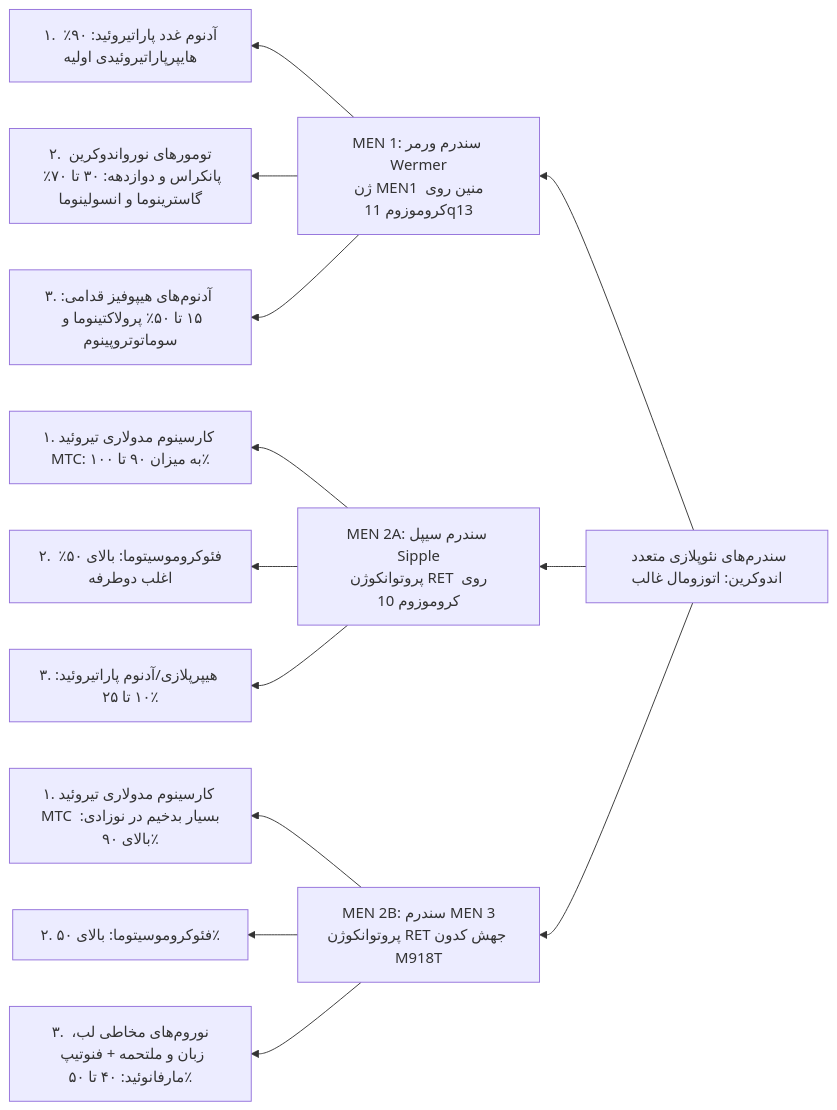
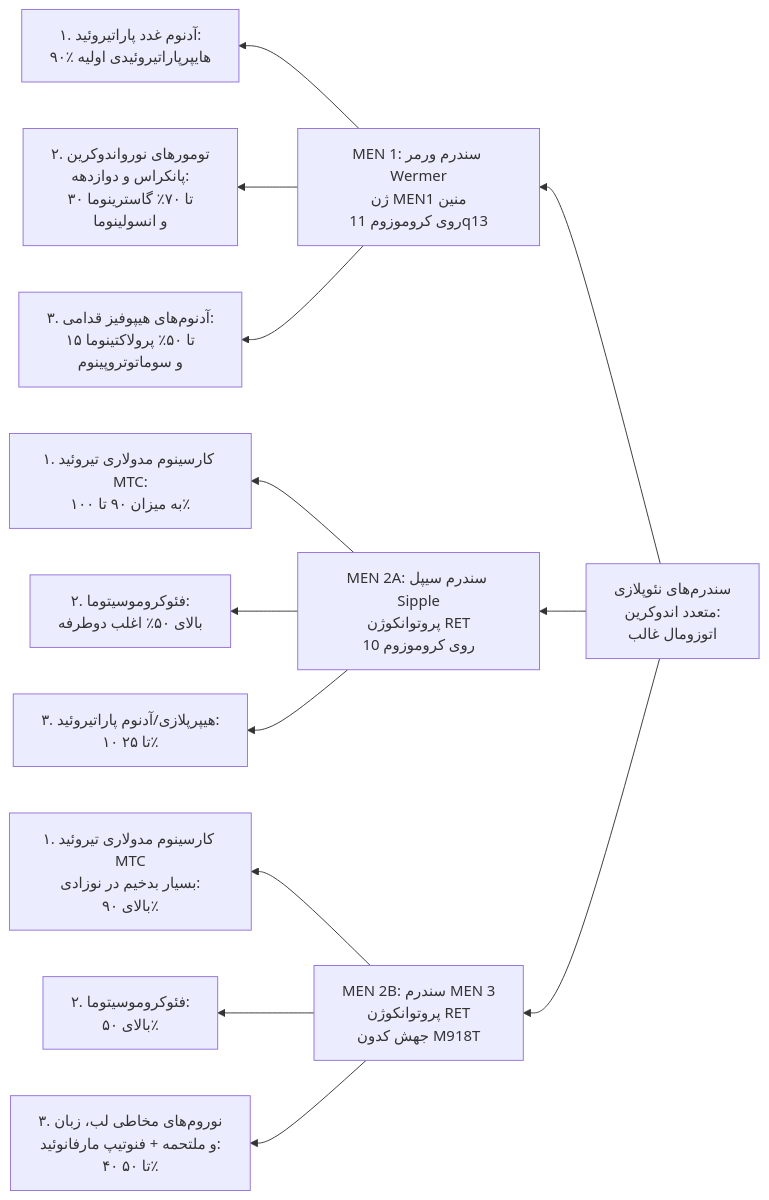
Before and after one commit to neopulse-hub/TUMS-1402-1-neo: the tenth of 10 diagrams in 07/مبانی غدد/آدرنال.md, drawn with Mermaid. The commit also changed other lines of this file, not shown here.

````diff
--- a/07/مبانی غدد/آدرنال.md
+++ b/07/مبانی غدد/آدرنال.md
@@ -356,18 +357,20 @@
 ```mermaid
 flowchart RL
-    MEN[سندرم‌های نئوپلازی متعدد اندوکرین: اتوزومال غالب] --> MEN1[MEN 1: سندرم ورمر Wermer<br>ژن MEN1 منین روی کروموزوم 11q13]
-    MEN --> MEN2A[MEN 2A: سندرم سیپل Sipple<br>پروتوانکوژن RET روی کروموزوم 10]
-    MEN --> MEN2B[MEN 2B: سندرم MEN 3<br>پروتوانکوژن RET جهش کدون M918T]
 
-    MEN1 --> P1[۱. آدنوم غدد پاراتیروئید: ۹۰٪ هایپرپاراتیروئیدی اولیه]
-    MEN1 --> P2[۲. تومورهای نورواندوکرین پانکراس و دوازدهه: ۳۰ تا ۷۰٪ گاسترینوما و انسولینوما]
-    MEN1 --> P3[۳. آدنوم‌های هیپوفیز قدامی: ۱۵ تا ۵۰٪ پرولاکتینوما و سوماتوتروپینوم]
+MEN[سندرم‌های نئوپلازی<br>متعدد اندوکرین:<br>اتوزومال غالب] --> MEN1[MEN 1: سندرم ورمر Wermer<br>ژن MEN1 منین<br>روی کروموزوم 11q13]
 
-    MEN2A --> A1[۱. کارسینوم مدولاری تیروئید MTC: به میزان ۹۰ تا ۱۰۰٪]
-    MEN2A --> A2[۲. فئوکروموسیتوما: بالای ۵۰٪ اغلب دوطرفه]
-    MEN2A --> A3[۳. هیپرپلازی/آدنوم پاراتیروئید: ۱۰ تا ۲۵٪]
+MEN --> MEN2A[MEN 2A: سندرم سیپل Sipple<br>پروتوانکوژن RET<br>روی کروموزوم 10]
 
-    MEN2B --> B1[۱. کارسینوم مدولاری تیروئید MTC بسیار بدخیم در نوزادی: بالای ۹۰٪]
-    MEN2B --> B2[۲. فئوکروموسیتوما: بالای ۵۰٪]
-    MEN2B --> B3[۳. نوروم‌های مخاطی لب، زبان و ملتحمه + فنوتیپ مارفانوئید: ۴۰ تا ۵۰٪]
+MEN --> MEN2B[MEN 2B: سندرم MEN 3<br>پروتوانکوژن RET<br>جهش کدون M918T]
+MEN1 --> P1[۱. آدنوم غدد پاراتیروئید:<br>۹۰٪ هایپرپاراتیروئیدی اولیه]
+MEN1 --> P2[۲. تومورهای نورواندوکرین<br>پانکراس و دوازدهه:<br>۳۰ تا ۷۰٪ گاسترینوما<br>و انسولینوما]
+MEN1 --> P3[۳. آدنوم‌های هیپوفیز قدامی:<br>۱۵ تا ۵۰٪ پرولاکتینوما<br>و سوماتوتروپینوم]
+
+MEN2A --> A1[۱. کارسینوم مدولاری تیروئید MTC:<br>به میزان ۹۰ تا ۱۰۰٪]
+MEN2A --> A2[۲. فئوکروموسیتوما:<br>بالای ۵۰٪ اغلب دوطرفه]
+MEN2A --> A3[۳. هیپرپلازی/آدنوم پاراتیروئید:<br>۱۰ تا ۲۵٪]
+
+MEN2B --> B1[۱. کارسینوم مدولاری تیروئید MTC<br>بسیار بدخیم در نوزادی:<br>بالای ۹۰٪]
+MEN2B --> B2[۲. فئوکروموسیتوما:<br>بالای ۵۰٪]
+MEN2B --> B3[۳. نوروم‌های مخاطی لب، زبان<br>و ملتحمه + فنوتیپ مارفانوئید:<br>۴۰ تا ۵۰٪]
 ```
````
